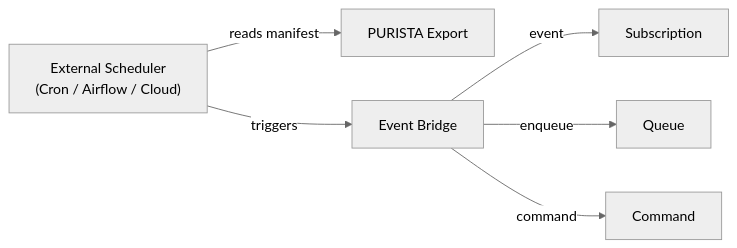
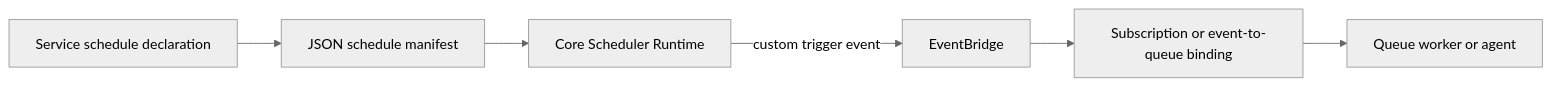
One commit to puristajs/purista changed the diagram in web/src/content/handbook/6_integrations/enterprise_interoperability/scheduling.md. Above: the diagram before and after it, drawn with Mermaid (neutral theme). The commit also changed other lines of this file and 200 other files, not shown here.

````diff
--- a/web/src/content/handbook/6_integrations/enterprise_interoperability/scheduling.md
+++ b/web/src/content/handbook/6_integrations/enterprise_interoperability/scheduling.md
@@ -52,8 +14,8 @@
 ```mermaid
 flowchart LR
-    SCH["External Scheduler<br/>(Cron / Airflow / Cloud)"] -->|reads manifest| EXP["PURISTA Export"]
-    SCH -->|triggers| EB["Event Bridge"]
-    EB -->|event| SUB["Subscription"]
-    EB -->|enqueue| Q["Queue"]
-    EB -->|command| CMD["Command"]
+    D["Service schedule declaration"] --> M["JSON schedule manifest"]
+    M --> S["Core Scheduler Runtime"]
+    S -->|"custom trigger event"| E["EventBridge"]
+    E --> B["Subscription or event-to-queue binding"]
+    B --> Q["Queue worker or agent"]
 ```
````
